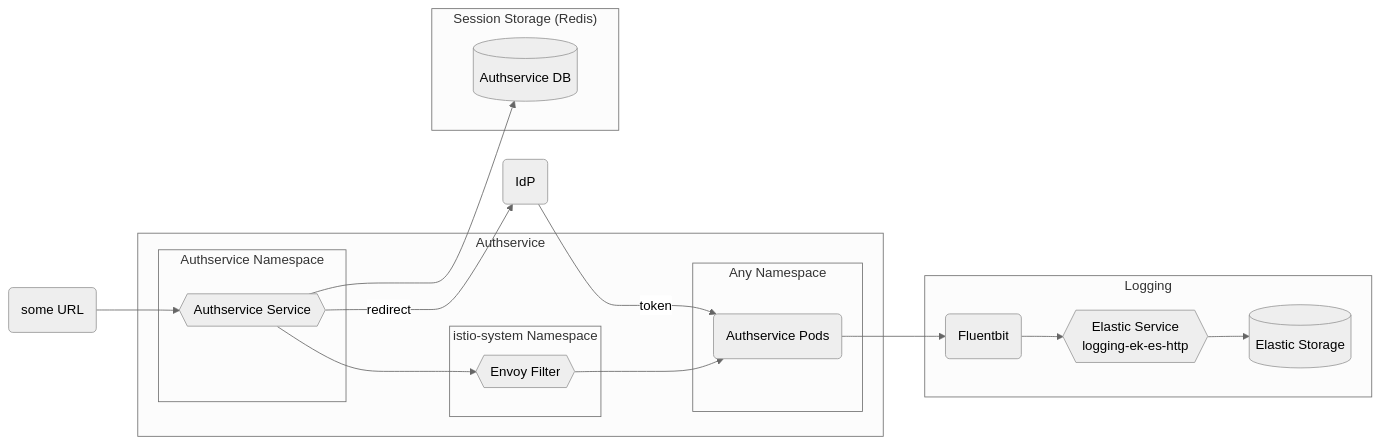
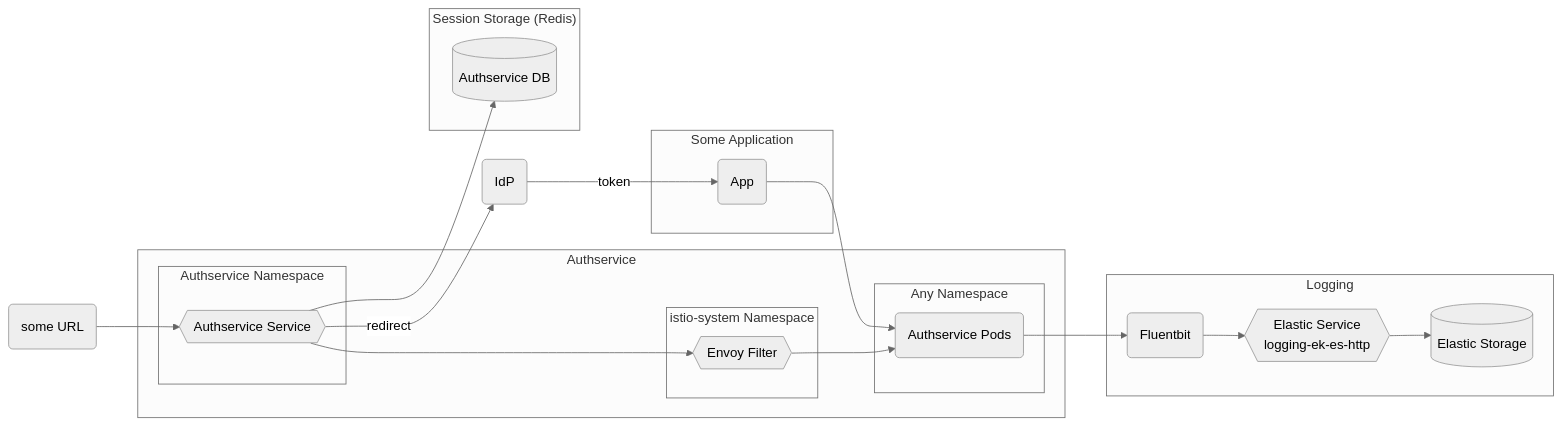
Before and after one commit to rjferguson21/big-bang: the diagram in charter/packages/authservice/Architecture.md, drawn with Mermaid (neutral theme).

Commit message:
update mermaid diagram

````diff
--- a/charter/packages/authservice/Architecture.md
+++ b/charter/packages/authservice/Architecture.md
@@ -13,29 +13,33 @@
 ```mermaid
 graph LR
   pod("some URL") --> authservice --> |redirect| pod2("IdP")
-  pod2 --> |token| authservicepods
+  pod2 --> |token| app --> authservicepods
+
+  subgraph "Some Application"
+    app("App")
+  end
 
   subgraph "Authservice"
     subgraph "Any Namespace"
       authservicepods("Authservice Pod(s)")
     end
 
     subgraph "istio-system Namespace"
       envoyfilter{{"Envoy Filter"}} --> authservicepods
     end
     
     subgraph "Authservice Namespace"
       authservice{{"Authservice Service"}} --> envoyfilter
     end
         
   end
 
   subgraph "Session Storage (Redis)"
     authservice --> database3[("Authservice DB")]
   end
 
   subgraph "Logging"
     authservicepods("Authservice Pods") --> fluent(Fluentbit) --> logging-ek-es-http
     logging-ek-es-http{{Elastic Service<br />logging-ek-es-http}} --> elastic[(Elastic Storage)]
   end
 ```
````
